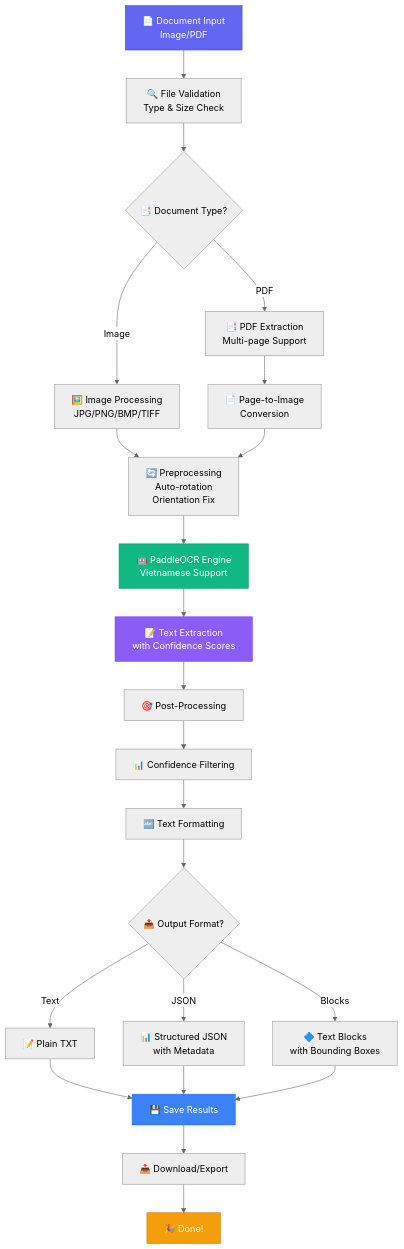
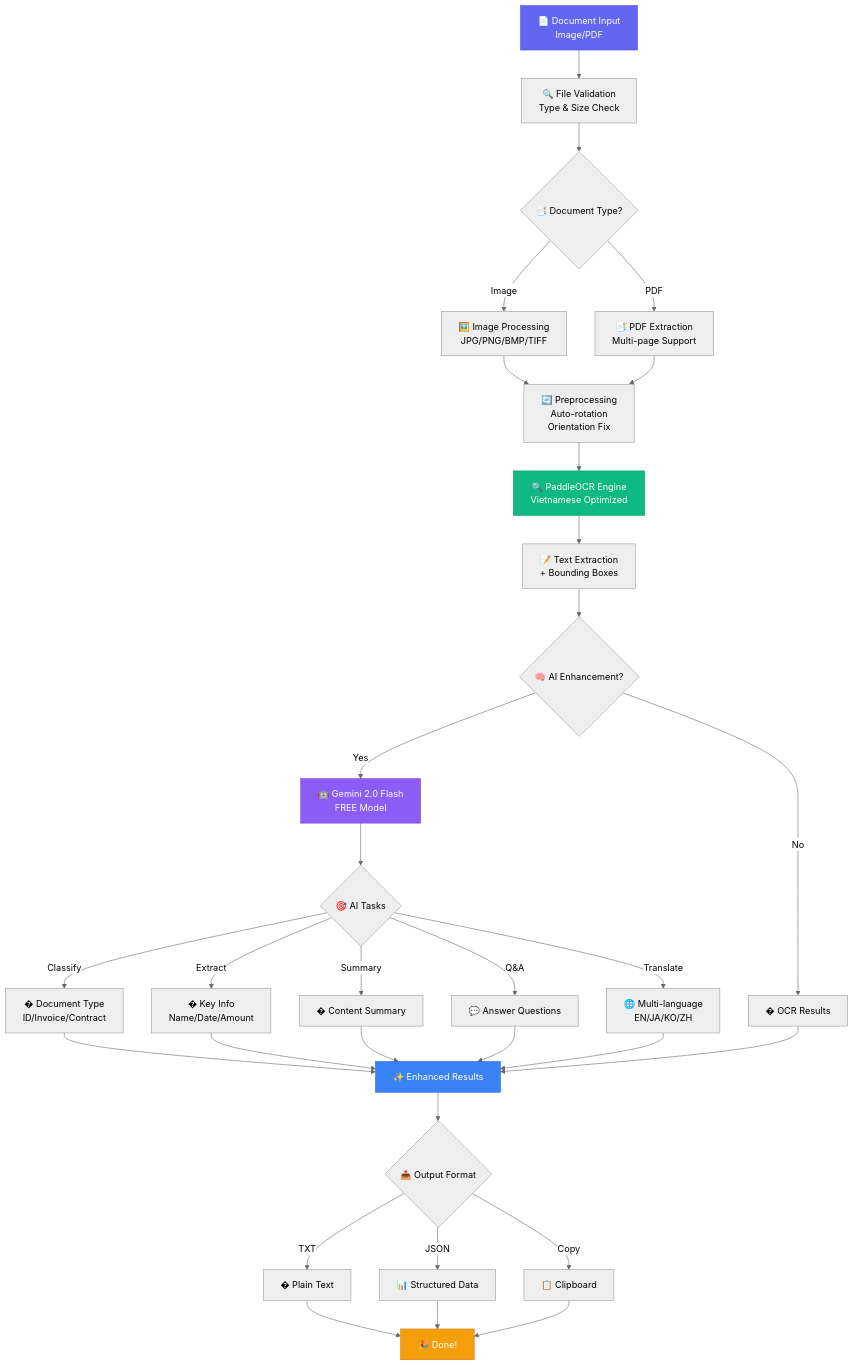
One commit to SkastVnT/AI-Assistant changed diagram 11 of 18 in README.md. Above: the diagram before and after it, drawn with Mermaid (neutral theme). The commit also changed other lines of this file and 41 other files, not shown here.

````diff
--- a/README.md
+++ b/README.md
@@ -746,36 +775,47 @@
 ```mermaid
 graph TB
     A[📄 Document Input<br/>Image/PDF] --> B[🔍 File Validation<br/>Type & Size Check]
     B --> C{📑 Document Type?}
     
     C -->|Image| D1[🖼️ Image Processing<br/>JPG/PNG/BMP/TIFF]
     C -->|PDF| D2[📑 PDF Extraction<br/>Multi-page Support]
     
     D1 --> E[🔄 Preprocessing<br/>Auto-rotation<br/>Orientation Fix]
-    D2 --> F[📄 Page-to-Image<br/>Conversion]
-    F --> E
+    D2 --> E
     
-    E --> G[🤖 PaddleOCR Engine<br/>Vietnamese Support]
-    G --> H[📝 Text Extraction<br/>with Confidence Scores]
+    E --> F[🔍 PaddleOCR Engine<br/>Vietnamese Optimized]
+    F --> G[📝 Text Extraction<br/>+ Bounding Boxes]
     
-    H --> I[🎯 Post-Processing]
-    I --> J[📊 Confidence Filtering]
-    J --> K[🔤 Text Formatting]
+    G --> H{🧠 AI Enhancement?}
+    H -->|Yes| I1[🤖 Gemini 2.0 Flash<br/>FREE Model]
+    H -->|No| K[� OCR Results]
     
-    K --> L{📤 Output Format?}
-    L -->|Text| M1[📝 Plain TXT]
-    L -->|JSON| M2[📊 Structured JSON<br/>with Metadata]
-    L -->|Blocks| M3[🔷 Text Blocks<br/>with Bounding Boxes]
+    I1 --> J{🎯 AI Tasks}
+    J -->|Classify| L1[� Document Type<br/>ID/Invoice/Contract]
+    J -->|Extract| L2[� Key Info<br/>Name/Date/Amount]
+    J -->|Summary| L3[� Content Summary]
+    J -->|Q&A| L4[💬 Answer Questions]
+    J -->|Translate| L5[🌐 Multi-language<br/>EN/JA/KO/ZH]
     
-    M1 --> N[💾 Save Results]
-    M2 --> N
-    M3 --> N
-    N --> O[📥 Download/Export]
-    O --> P[🎉 Done!]
+    L1 --> M[✨ Enhanced Results]
+    L2 --> M
+    L3 --> M
+    L4 --> M
+    L5 --> M
+    K --> M
+    
+    M --> N{📤 Output Format}
+    N -->|TXT| O1[� Plain Text]
+    N -->|JSON| O2[📊 Structured Data]
+    N -->|Copy| O3[📋 Clipboard]
+    
+    O1 --> P[🎉 Done!]
+    O2 --> P
+    O3 --> P
     
     style A fill:#6366F1,stroke:#4F46E5,color:#fff
-    style G fill:#10B981,stroke:#059669,color:#fff
-    style H fill:#8B5CF6,stroke:#7C3AED,color:#fff
-    style N fill:#3B82F6,stroke:#2563EB,color:#fff
+    style F fill:#10B981,stroke:#059669,color:#fff
+    style I1 fill:#8B5CF6,stroke:#7C3AED,color:#fff
+    style M fill:#3B82F6,stroke:#2563EB,color:#fff
     style P fill:#F59E0B,stroke:#D97706,color:#fff
 ```
````
